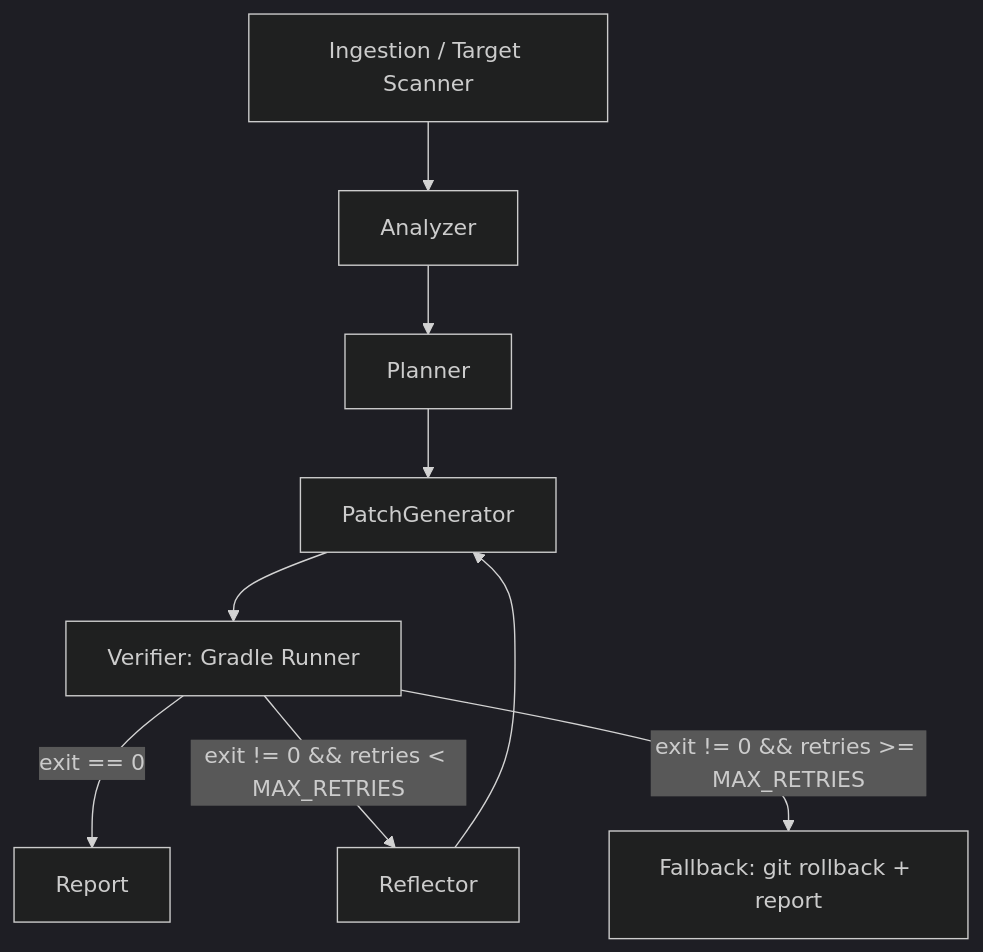
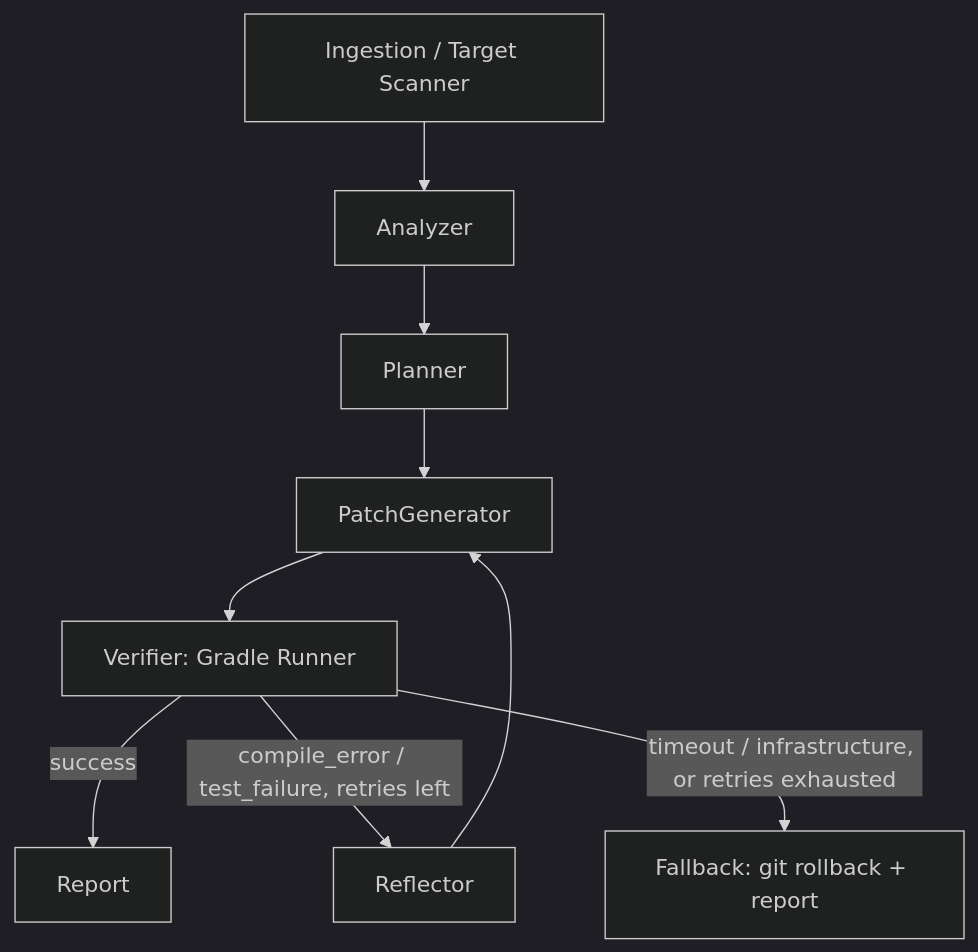
One commit to Brg92/gradle-healer changed the diagram in AGENTS.md. Above: the diagram before and after it, drawn with Mermaid (dark theme). The commit also changed other lines of this file and 1 other file, not shown here.

````diff
--- a/AGENTS.md
+++ b/AGENTS.md
@@ -39,11 +56,11 @@
 ```mermaid
 flowchart TD
     Ingestion[Ingestion / Target Scanner] --> Analyzer
     Analyzer --> Planner
     Planner --> PatchGenerator
     PatchGenerator --> Verifier[Verifier: Gradle Runner]
-    Verifier -->|exit == 0| Report
-    Verifier -->|exit != 0 && retries < MAX_RETRIES| Reflector
+    Verifier -->|success| Report
+    Verifier -->|compile_error / test_failure, retries left| Reflector
     Reflector --> PatchGenerator
-    Verifier -->|exit != 0 && retries >= MAX_RETRIES| Fallback[Fallback: git rollback + report]
+    Verifier -->|timeout / infrastructure, or retries exhausted| Fallback[Fallback: git rollback + report]
 ```
````
